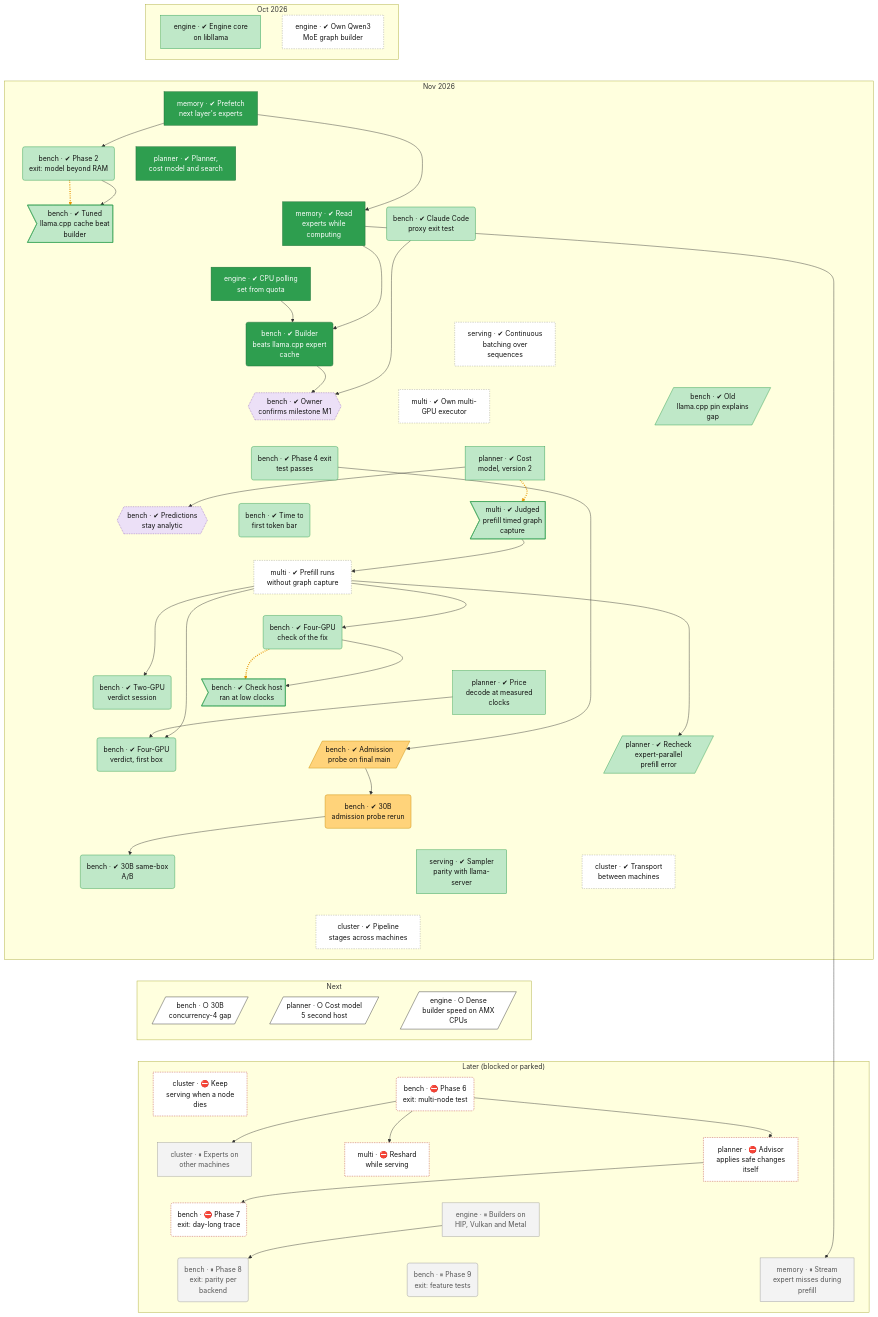
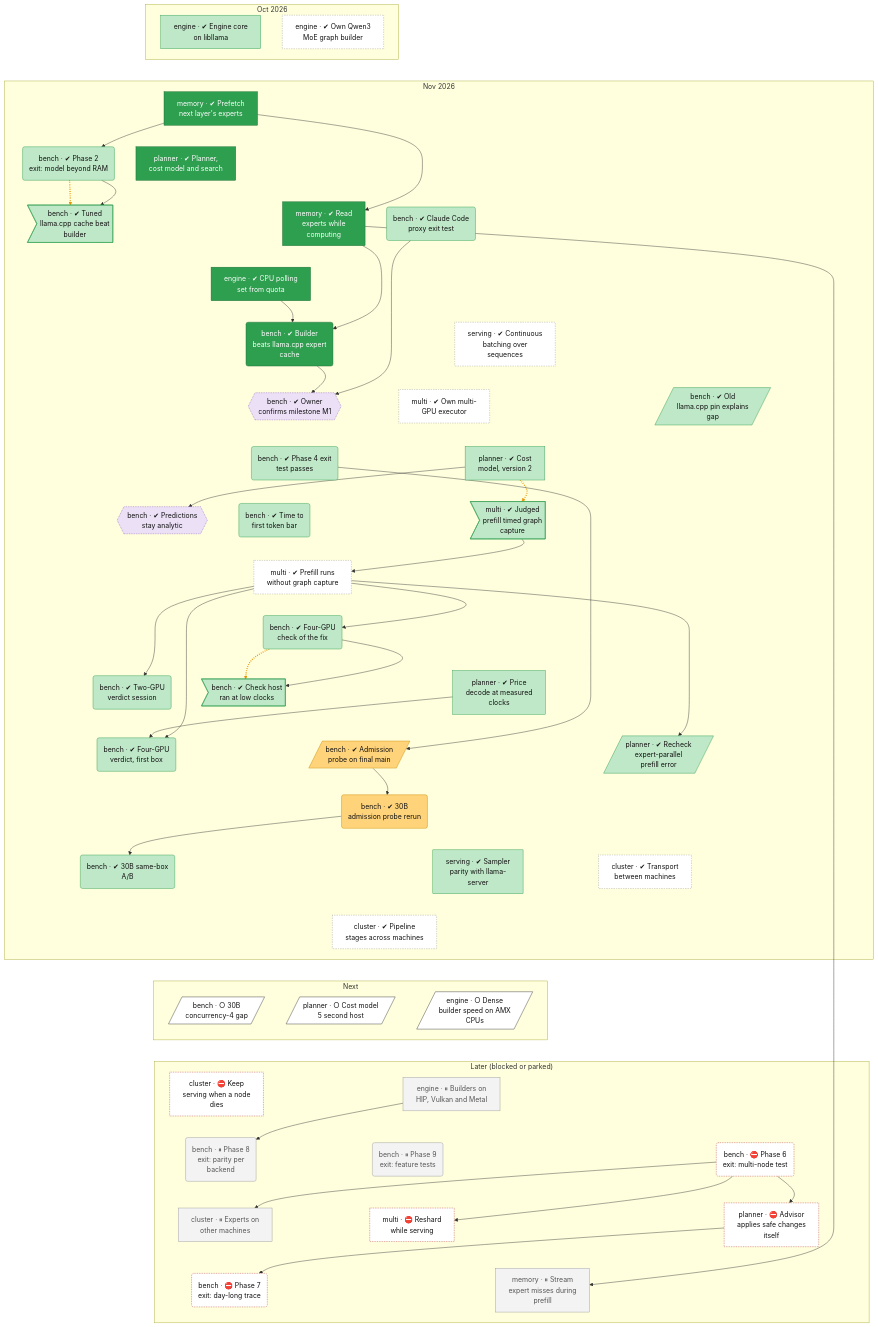
The second of 2 diagrams in docs/roadmap.md (lhns/tetraeder), drawn with Mermaid before and after one commit. The commit also changed other lines of this file and 9 other files, not shown here.

Commit message:
Owner 2026-11-24: the exit prompt's routing trace may price the judged prediction (ADR 0091 answer 6); tree nodes from the prediction diagnosis (node-predict check, RAM tier complement, exit segment harness, cost model 6, one-segment confirmation gating the rehearsal) (not measured)

```diff
--- a/docs/roadmap.md
+++ b/docs/roadmap.md
@@ -144,14 +144,14 @@
     end
     subgraph bd_3["Later (blocked or parked)"]
         cluster_failover["cluster · ⛔ Keep<br/>serving when a node<br/>dies"]
+        engine_backend_parity["engine · ⏸ Builders on<br/>HIP, Vulkan and Metal"]
+        bench_phase8_exit("bench · ⏸ Phase 8<br/>exit: parity per<br/>backend")
+        bench_phase9_exit("bench · ⏸ Phase 9<br/>exit: feature tests")
         bench_phase6_exit("bench · ⛔ Phase 6<br/>exit: multi-node test")
         cluster_experts_nodes["cluster · ⏸ Experts on<br/>other machines"]
         multi_live_reshard["multi · ⛔ Reshard<br/>while serving"]
         planner_advisor_auto["planner · ⛔ Advisor<br/>applies safe changes<br/>itself"]
         bench_phase7_exit("bench · ⛔ Phase 7<br/>exit: day-long trace")
-        engine_backend_parity["engine · ⏸ Builders on<br/>HIP, Vulkan and Metal"]
-        bench_phase8_exit("bench · ⏸ Phase 8<br/>exit: parity per<br/>backend")
-        bench_phase9_exit("bench · ⏸ Phase 9<br/>exit: feature tests")
         memory_prefill_misses["memory · ⏸ Stream<br/>expert misses during<br/>prefill"]
     end
     engine_libllama ~~~ memory_prefetch
@@ -198,17 +198,17 @@
     cluster_pipeline_nodes ~~~ planner_cost_model_v5_host2
     cluster_pipeline_nodes ~~~ engine_dense_amx
     bench_30b_c4_gap ~~~ cluster_failover
-    planner_cost_model_v5_host2 ~~~ bench_phase6_exit
-    engine_dense_amx ~~~ bench_phase6_exit
-    cluster_failover ~~~ cluster_experts_nodes
-    bench_phase6_exit ~~~ multi_live_reshard
+    planner_cost_model_v5_host2 ~~~ engine_backend_parity
+    engine_dense_amx ~~~ engine_backend_parity
+    cluster_failover ~~~ bench_phase8_exit
+    engine_backend_parity ~~~ bench_phase9_exit
+    engine_backend_parity ~~~ bench_phase6_exit
+    bench_phase8_exit ~~~ cluster_experts_nodes
+    bench_phase9_exit ~~~ multi_live_reshard
     bench_phase6_exit ~~~ planner_advisor_auto
     cluster_experts_nodes ~~~ bench_phase7_exit
-    multi_live_reshard ~~~ engine_backend_parity
-    planner_advisor_auto ~~~ engine_backend_parity
-    bench_phase7_exit ~~~ bench_phase8_exit
-    engine_backend_parity ~~~ bench_phase9_exit
-    engine_backend_parity ~~~ memory_prefill_misses
+    multi_live_reshard ~~~ memory_prefill_misses
+    planner_advisor_auto ~~~ memory_prefill_misses
     memory_prefetch --> bench_phase2_exit
     bench_phase2_exit -.-> bench_defect_tuned_cache
     bench_phase2_exit --> bench_defect_tuned_cache
@@ -230,11 +230,11 @@
     multi_prefill_no_capture --> planner_ep_prefill_recheck
     bench_d2a_probe --> bench_d2a_30b
     bench_d2a_30b --> bench_ab30b
+    engine_backend_parity --> bench_phase8_exit
     bench_phase6_exit --> cluster_experts_nodes
     bench_phase6_exit --> multi_live_reshard
     bench_phase6_exit --> planner_advisor_auto
     planner_advisor_auto --> bench_phase7_exit
-    engine_backend_parity --> bench_phase8_exit
     memory_io_service --> memory_prefill_misses
     linkStyle 56,63,67 stroke:#e69500,stroke-width:3px,stroke-dasharray:2 3
     classDef vsucc fill:#2e9e4f,stroke:#1b6b34,color:#fff
```
